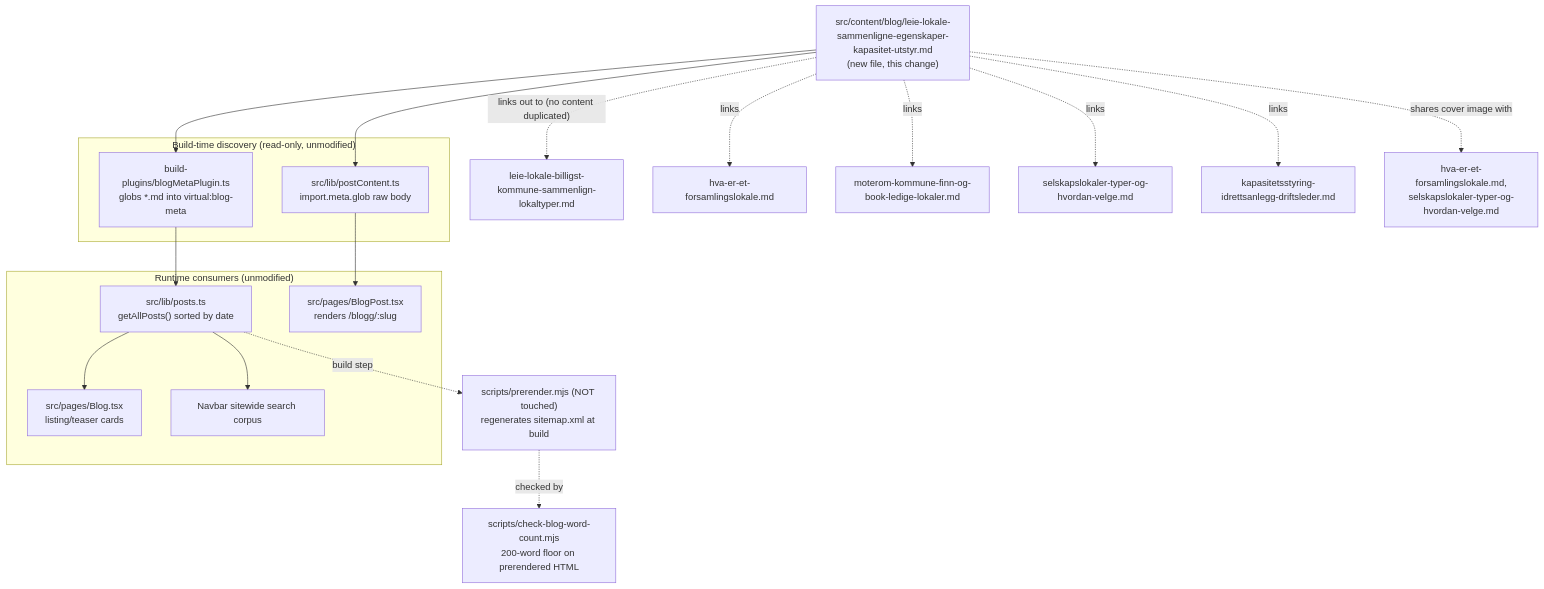
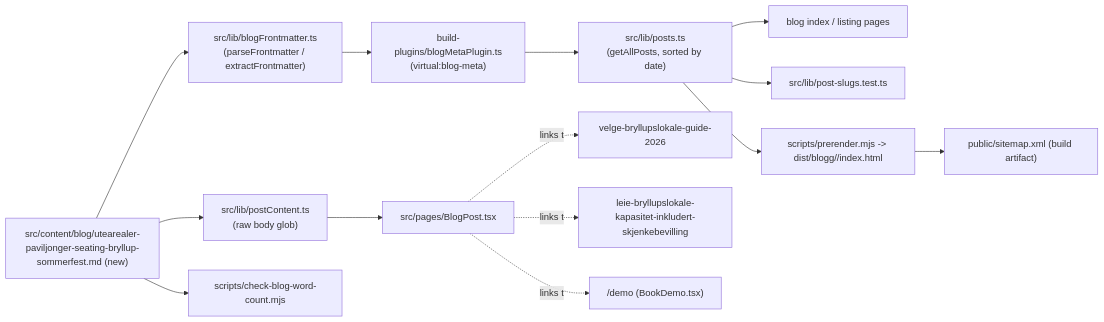
One commit to Xala-Technologies/booking-brilliance changed the diagram in AGENT-SPEC.md. Above: the diagram before and after it, drawn with Mermaid. The commit also changed other lines of this file and 4 other files, not shown here.

First line of the commit message:
feat(XAL-1154): add utearealer, paviljong og seating blog post (#238)

````diff
--- a/AGENT-SPEC.md
+++ b/AGENT-SPEC.md
@@ -133,33 +78,23 @@
 ```mermaid
-flowchart TD
-    MD["src/content/blog/leie-lokale-sammenligne-egenskaper-kapasitet-utstyr.md<br/>(new file, this change)"]
+flowchart LR
+  MD["src/content/blog/utearealer-paviljonger-seating-bryllup-sommerfest.md (new)"]
+  FM["src/lib/blogFrontmatter.ts\n(parseFrontmatter / extractFrontmatter)"]
+  META["build-plugins/blogMetaPlugin.ts\n(virtual:blog-meta)"]
+  POSTS["src/lib/posts.ts\n(getAllPosts, sorted by date)"]
+  CONTENT["src/lib/postContent.ts\n(raw body glob)"]
+  BLOGPOST["src/pages/BlogPost.tsx"]
+  BLOGLIST["blog index / listing pages"]
+  SLUGTEST["src/lib/post-slugs.test.ts"]
+  WORDCOUNT["scripts/check-blog-word-count.mjs"]
+  PRERENDER["scripts/prerender.mjs -> dist/blogg/<slug>/index.html"]
+  SITEMAP["public/sitemap.xml (build artifact)"]
 
-    subgraph BuildTime["Build-time discovery (read-only, unmodified)"]
-        Plugin["build-plugins/blogMetaPlugin.ts<br/>globs *.md into virtual:blog-meta"]
-        RawGlob["src/lib/postContent.ts<br/>import.meta.glob raw body"]
-    end
-
-    subgraph Runtime["Runtime consumers (unmodified)"]
-        PostsTS["src/lib/posts.ts<br/>getAllPosts() sorted by date"]
-        BlogPost["src/pages/BlogPost.tsx<br/>renders /blogg/:slug"]
-        BlogPreview["src/pages/Blog.tsx<br/>listing/teaser cards"]
-        Search["Navbar sitewide search corpus"]
-    end
-
-    Prerender["scripts/prerender.mjs (NOT touched)<br/>regenerates sitemap.xml at build"]
-    WordCount["scripts/check-blog-word-count.mjs<br/>200-word floor on prerendered HTML"]
-
-    MD --> Plugin --> PostsTS
-    MD --> RawGlob --> BlogPost
-    PostsTS --> BlogPreview
-    PostsTS --> Search
-    PostsTS -.build step.-> Prerender
-    Prerender -.checked by.-> WordCount
-
-    MD -. "links out to (no content duplicated)" .-> A["leie-lokale-billigst-kommune-sammenlign-lokaltyper.md"]
-    MD -. links .-> B["hva-er-et-forsamlingslokale.md"]
-    MD -. links .-> C["moterom-kommune-finn-og-book-ledige-lokaler.md"]
-    MD -. links .-> D["selskapslokaler-typer-og-hvordan-velge.md"]
-    MD -. links .-> E["kapasitetsstyring-idrettsanlegg-driftsleder.md"]
-    MD -. "shares cover image with" .-> F["hva-er-et-forsamlingslokale.md,<br/>selskapslokaler-typer-og-hvordan-velge.md"]
+  MD --> FM --> META --> POSTS --> BLOGLIST
+  MD --> CONTENT --> BLOGPOST
+  POSTS --> SLUGTEST
+  MD --> WORDCOUNT
+  POSTS --> PRERENDER --> SITEMAP
+  BLOGPOST -.links to.-> WED1["velge-bryllupslokale-guide-2026"]
+  BLOGPOST -.links to.-> WED2["leie-bryllupslokale-kapasitet-inkludert-skjenkebevilling"]
+  BLOGPOST -.links to.-> DEMO["/demo (BookDemo.tsx)"]
 ```
````
